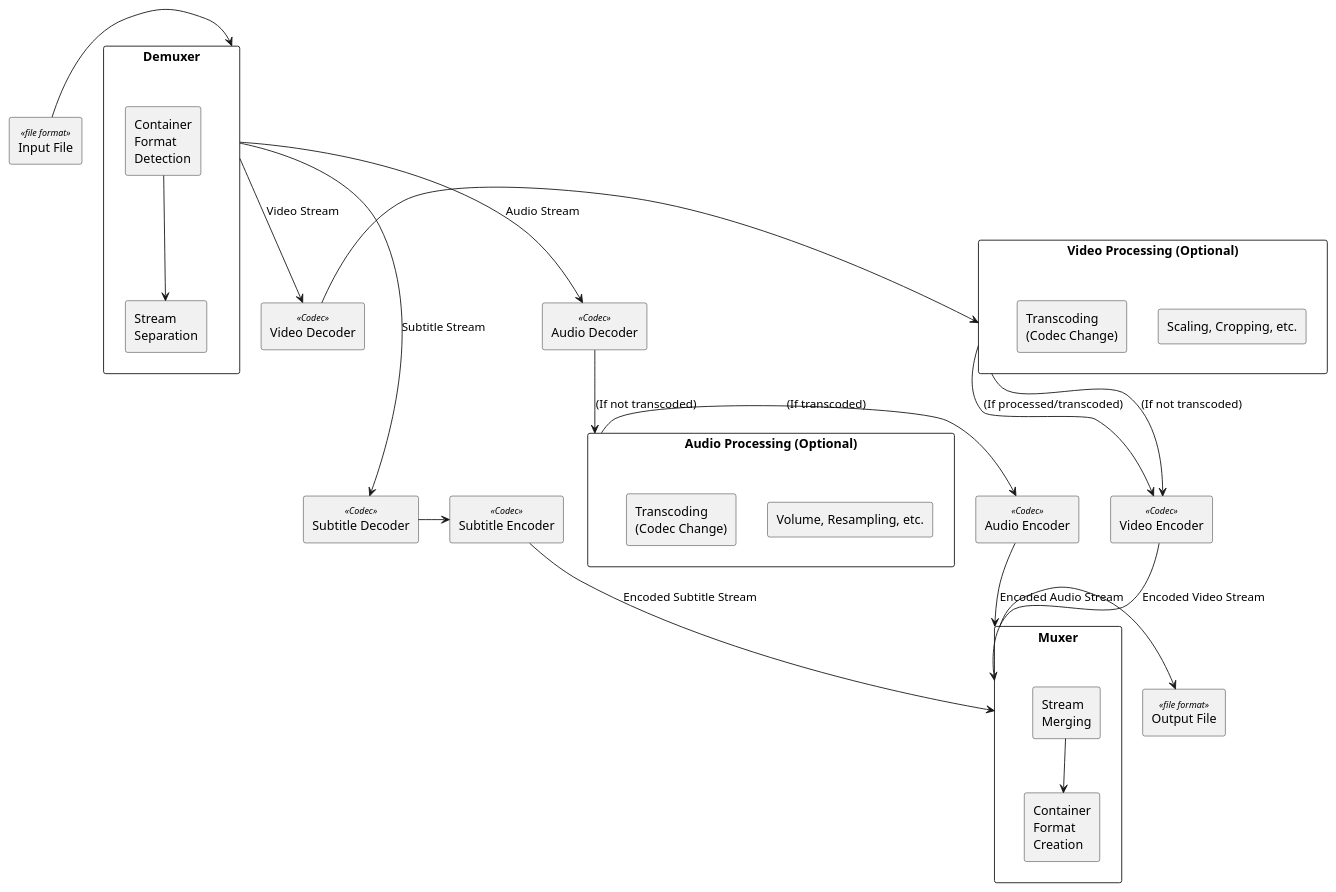
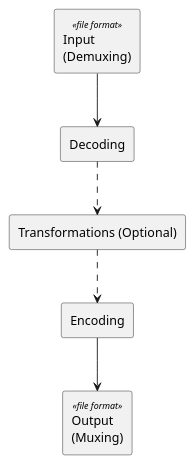
The diagram in Content/20240630182300-ffmpeg.org (rajp152k/buffer), drawn with PlantUML before and after one commit. The commit also changed 4 other files, not shown here.

```diff
--- a/Content/20240630182300-ffmpeg.org
+++ b/Content/20240630182300-ffmpeg.org
@@ -12,62 +12,21 @@
 #+begin_src plantuml :file images/ffmpeg-overview.png :exports both
 @startuml
 'skinparam linetype ortho
 skinparam rectangle {
     StereotypeFontSize 10
     StereotypeFontName monospace
 }
 
-rectangle "Input File" <<file format>> as input
+rectangle "Input\n(Demuxing)" <<file format>> as input
+rectangle "Decoding" as decode
+rectangle "Transformations (Optional)" as transform
+rectangle "Encoding" as encode
+rectangle "Output\n(Muxing)" <<file format>> as output
 
-rectangle "Demuxer" as demux {
-    rectangle "Container\nFormat\nDetection" as detection
-    rectangle "Stream\nSeparation" as separation
-    detection -down-> separation
-}
-
-rectangle "Video Decoder" as vdecode <<Codec>>
-rectangle "Audio Decoder" as adecode <<Codec>>
-rectangle "Subtitle Decoder" as sdecode <<Codec>>
-
-rectangle "Video Processing (Optional)" as vprocess {
-  rectangle "Scaling, Cropping, etc." as vfilter
-  rectangle "Transcoding\n(Codec Change)" as vtranscode
-}
-
-rectangle "Audio Processing (Optional)" as aprocess {
-  rectangle "Volume, Resampling, etc." as afilter
-  rectangle "Transcoding\n(Codec Change)" as atranscode
-}
-
-rectangle "Video Encoder" as vencode <<Codec>>
-rectangle "Audio Encoder" as aencode <<Codec>>
-rectangle "Subtitle Encoder" as sencode <<Codec>>
-
-rectangle "Muxer" as mux {
-  rectangle "Stream\nMerging" as merging
-  rectangle "Container\nFormat\nCreation" as container
-  merging -down-> container
-}
-
-rectangle "Output File" <<file format>> as output
-
-input -right-> demux
-demux -down-> vdecode : Video Stream
-demux -down-> adecode : Audio Stream
-demux -down-> sdecode : Subtitle Stream
-
-vdecode -right-> vprocess
-aprocess -right-> aencode : (If transcoded)
-vprocess -right-> vencode : (If processed/transcoded)
-sdecode -right-> sencode
-
-vprocess -down-> vencode : (If not transcoded)
-adecode -down-> aprocess : (If not transcoded)
-
-vencode -down-> mux : Encoded Video Stream
-aencode -down-> mux : Encoded Audio Stream
-sencode -down-> mux : Encoded Subtitle Stream
-mux -right-> output
+input -down-> decode
+decode -down-> transform #line.dashed
+transform -down-> encode #line.dashed
+encode -down-> output
 
 @enduml
 #+end_src
```
